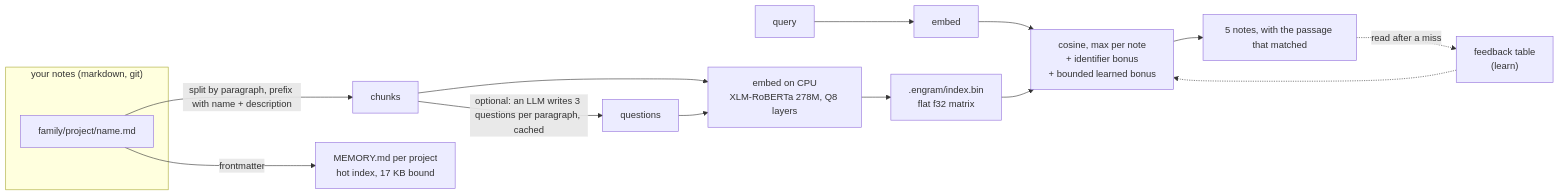
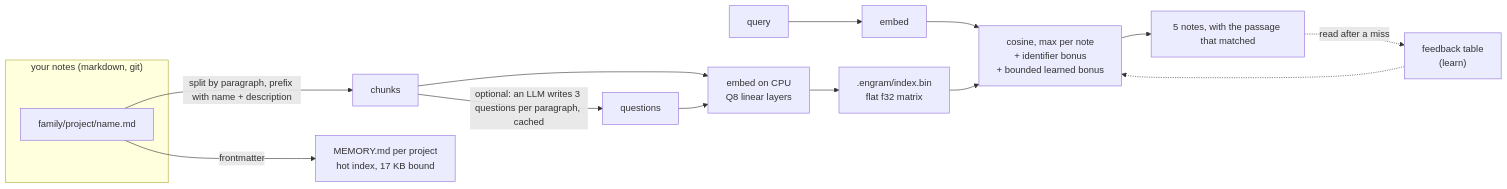
One commit to codexofc/engrams changed the diagram in README.md. Above: the diagram before and after it, drawn with Mermaid. The commit also changed other lines of this file and 21 other files, not shown here.

````diff
--- a/README.md
+++ b/README.md
@@ -68,17 +284,17 @@
 ```mermaid
 flowchart LR
   subgraph notes["your notes (markdown, git)"]
     N["family/project/name.md"]
   end
   N -->|split by paragraph, prefix with name + description| C[chunks]
   C -->|optional: an LLM writes 3 questions per paragraph, cached| Q[questions]
-  C --> E["embed on CPU\nXLM-RoBERTa 278M, Q8 layers"]
+  C --> E["embed on CPU\nQ8 linear layers"]
   Q --> E
   E --> I[".engram/index.bin\nflat f32 matrix"]
   N -->|frontmatter| H["MEMORY.md per project\nhot index, 17 KB bound"]
   U[query] --> E2[embed] --> R["cosine, max per note\n+ identifier bonus\n+ bounded learned bonus"]
   I --> R
   R --> O["5 notes, with the passage that matched"]
   O -.->|read after a miss| L["feedback table\n(learn)"]
   L -.-> R
 ```
````
